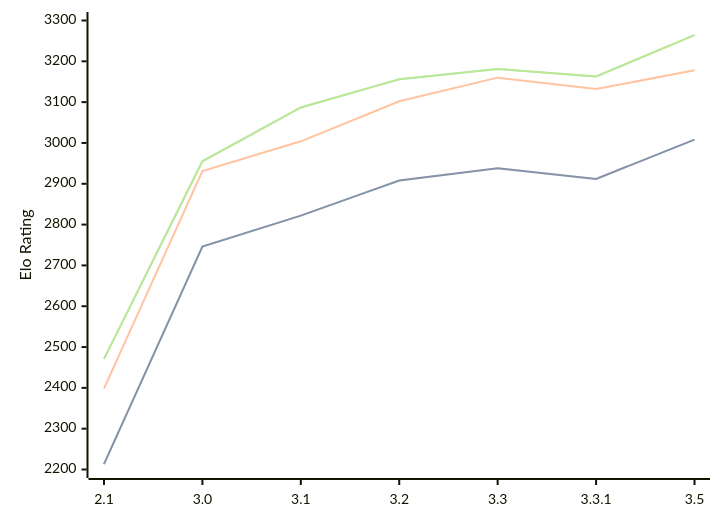
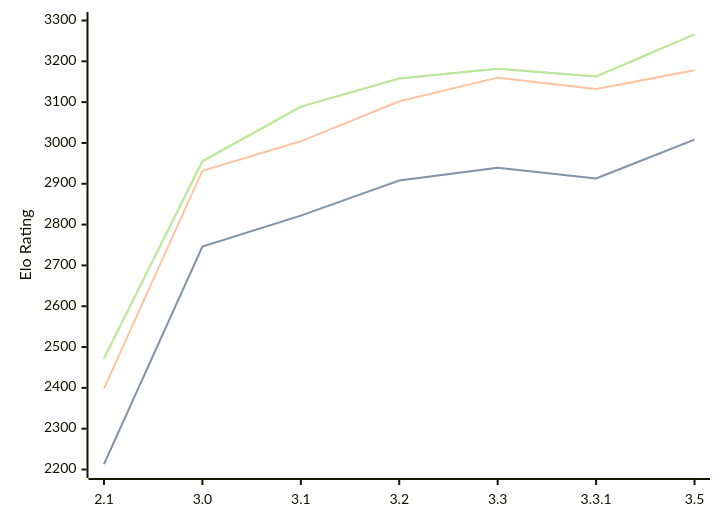
One commit to computer-chess-index/cci changed the diagram in engines/Petrel.md. Above: the diagram before and after it, drawn with Mermaid. The commit also changed other lines of this file, not shown here.

Commit message:
Update CCI Ratings (ELO VLTC) - 2026-07-31

````diff
--- a/engines/Petrel.md
+++ b/engines/Petrel.md
@@ -46,11 +46,11 @@
 ```mermaid
 %%{init: {"theme":"base","themeVariables":{"seriesColors:['#a3a3a3','#222221','#faa371']}}}%%
 xychart-beta
   x-axis ["2.1", "3.0", "3.1", "3.2", "3.3", "3.3.1", "3.5"]
   y-axis "Elo Rating" 2200 --> 3300
-  line "STC (8.0+0.08s)" [2213, 2746, 2822, 2908, 2938, 2912, 3008]
-  line "STC (8.0+0.08s)" [2213, 2746, 2822, 2908, 2938, 2912, 3008]
-  line "LTC (60.0+0.60s)" [2398, 2931, 3004, 3102, 3160, 3132, 3178]
-  line "VLTC (2m24s+1.12s)" [2471, 2955, 3087, 3156, 3181, 3163, 3264]
-  line "VLTC (2m24s+1.12s)" [2471, 2955, 3087, 3156, 3181, 3163, 3264]
+  line "STC (8.0+0.08s)" [2213, 2746, 2822, 2908, 2939, 2913, 3008]
+  line "STC (8.0+0.08s)" [2213, 2746, 2822, 2908, 2939, 2913, 3008]
+  line "LTC (60.0+0.60s)" [2398, 2932, 3004, 3102, 3160, 3132, 3178]
+  line "VLTC (2m24s+1.12s)" [2472, 2955, 3089, 3158, 3182, 3163, 3266]
+  line "VLTC (2m24s+1.12s)" [2472, 2955, 3089, 3158, 3182, 3163, 3266]
 ```
````
